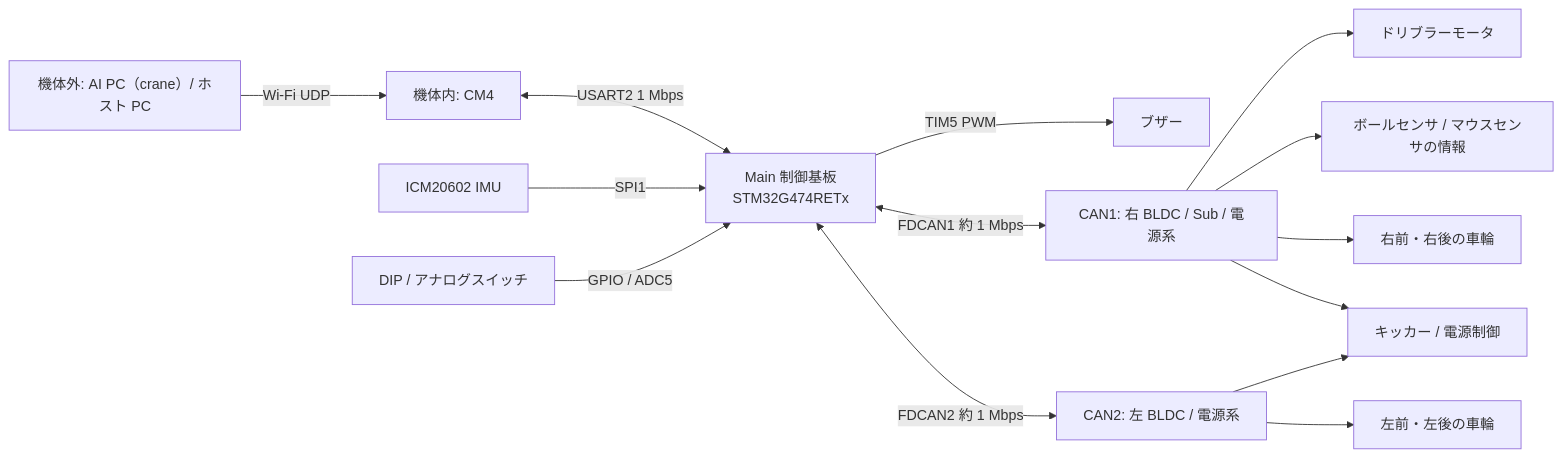
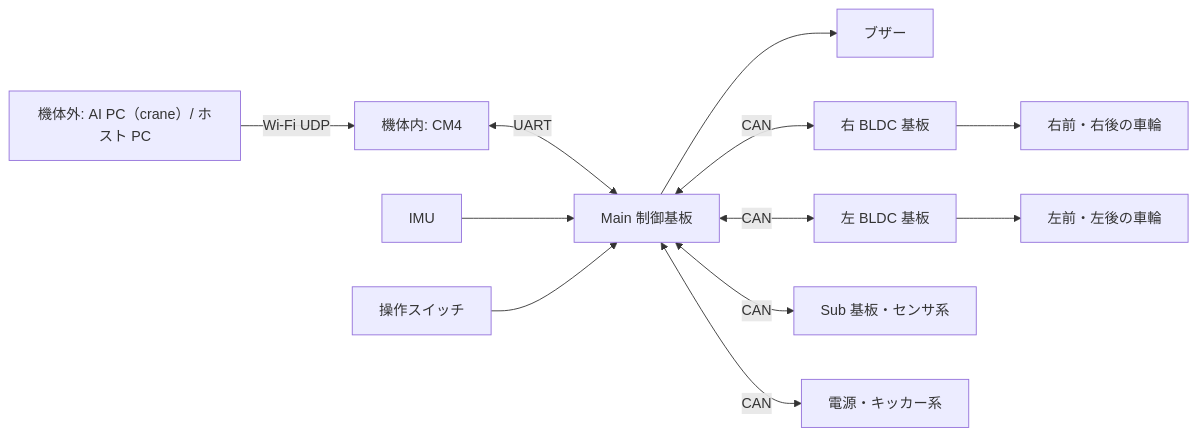
The diagram in common/system_overview.md (ibis-ssl/specs), drawn with Mermaid before and after one commit. The commit also changed other lines of this file and 17 other files, not shown here.

````diff
--- a/common/system_overview.md
+++ b/common/system_overview.md
@@ -18,16 +27,14 @@
 ```mermaid
 flowchart LR
     AI[機体外: AI PC（crane）/ ホスト PC] -->|Wi-Fi UDP| CM4[機体内: CM4]
-    CM4 <-->|USART2 1 Mbps| MAIN[Main 制御基板<br/>STM32G474RETx]
-    IMU[ICM20602 IMU] -->|SPI1| MAIN
-    SW[DIP / アナログスイッチ] -->|GPIO / ADC5| MAIN
-    MAIN -->|TIM5 PWM| BZ[ブザー]
-    MAIN <-->|FDCAN1 約 1 Mbps| CAN1[CAN1: 右 BLDC / Sub / 電源系]
-    MAIN <-->|FDCAN2 約 1 Mbps| CAN2[CAN2: 左 BLDC / 電源系]
-    CAN1 --> DRV[ドリブラーモータ]
-    CAN1 --> SENS[ボールセンサ / マウスセンサの情報]
-    CAN1 --> RWH[右前・右後の車輪]
-    CAN2 --> LWH[左前・左後の車輪]
-    CAN1 --> KICK[キッカー / 電源制御]
-    CAN2 --> KICK
+    CM4 <-->|UART| MAIN[Main 制御基板]
+    IMU[IMU] --> MAIN
+    SW[操作スイッチ] --> MAIN
+    MAIN --> BZ[ブザー]
+    MAIN <-->|CAN| RBLDC[右 BLDC 基板]
+    MAIN <-->|CAN| LBLDC[左 BLDC 基板]
+    MAIN <-->|CAN| SUB[Sub 基板・センサ系]
+    MAIN <-->|CAN| POWER[電源・キッカー系]
+    RBLDC --> RWH[右前・右後の車輪]
+    LBLDC --> LWH[左前・左後の車輪]
 ```
````
